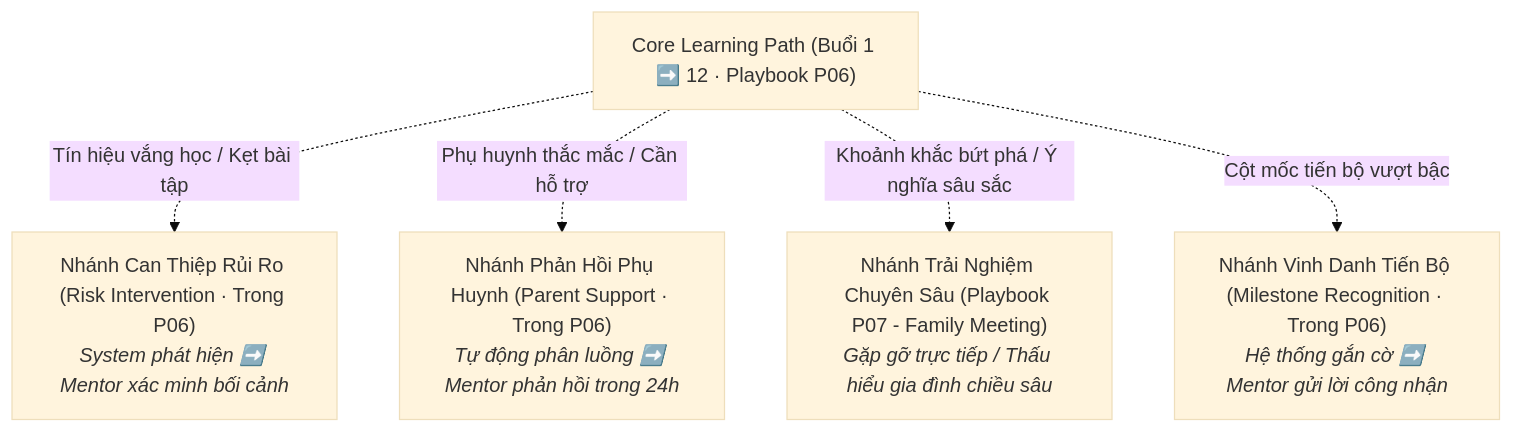
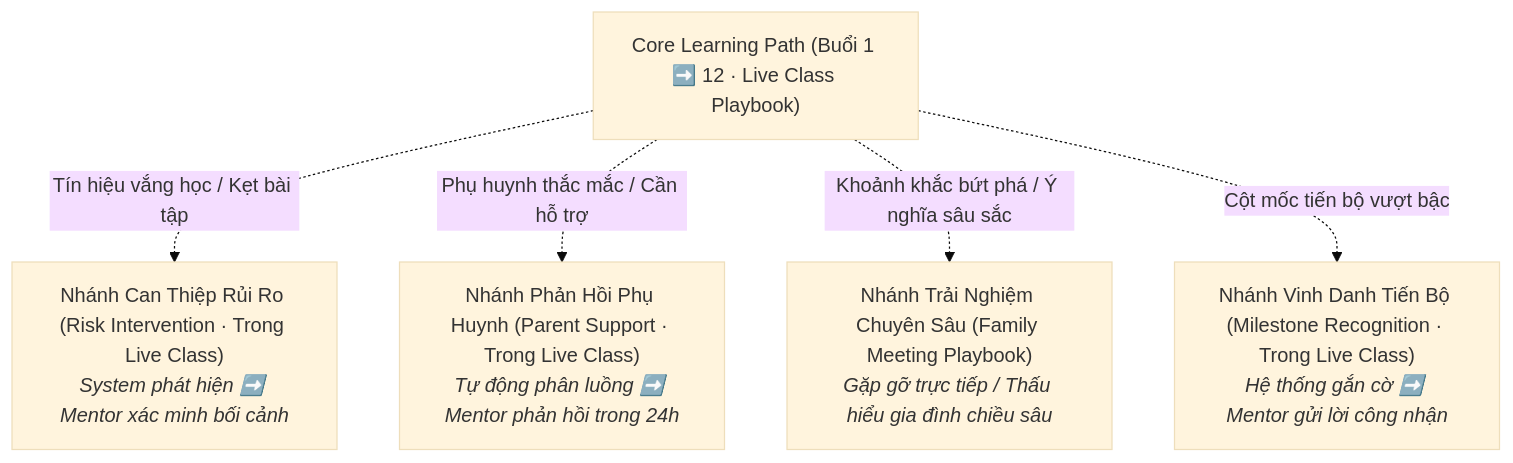
One commit to hongdang023/Marlins-Care changed the diagram in A_Requirements/A4_Parent_Journey_Framework.md. Above: the diagram before and after it, drawn with Mermaid (base theme). The commit also changed other lines of this file and 4 other files, not shown here.

````diff
--- a/A_Requirements/A4_Parent_Journey_Framework.md
+++ b/A_Requirements/A4_Parent_Journey_Framework.md
@@ -41,9 +41,9 @@
 ```mermaid
 graph TD
-    Main["Core Learning Path (Buổi 1 ➡️ 12 · Playbook P06)"]
+    Main["Core Learning Path (Buổi 1 ➡️ 12 · Live Class Playbook)"]
     
-    Main -.->|Tín hiệu vắng học / Kẹt bài tập| B1["Nhánh Can Thiệp Rủi Ro (Risk Intervention · Trong P06)<br><i>System phát hiện ➡️ Mentor xác minh bối cảnh</i>"]
-    Main -.->|Phụ huynh thắc mắc / Cần hỗ trợ| B2["Nhánh Phản Hồi Phụ Huynh (Parent Support · Trong P06)<br><i>Tự động phân luồng ➡️ Mentor phản hồi trong 24h</i>"]
-    Main -.->|Khoảnh khắc bứt phá / Ý nghĩa sâu sắc| B3["Nhánh Trải Nghiệm Chuyên Sâu (Playbook P07 - Family Meeting)<br><i>Gặp gỡ trực tiếp / Thấu hiểu gia đình chiều sâu</i>"]
-    Main -.->|Cột mốc tiến bộ vượt bậc| B4["Nhánh Vinh Danh Tiến Bộ (Milestone Recognition · Trong P06)<br><i>Hệ thống gắn cờ ➡️ Mentor gửi lời công nhận</i>"]
+    Main -.->|Tín hiệu vắng học / Kẹt bài tập| B1["Nhánh Can Thiệp Rủi Ro (Risk Intervention · Trong Live Class)<br><i>System phát hiện ➡️ Mentor xác minh bối cảnh</i>"]
+    Main -.->|Phụ huynh thắc mắc / Cần hỗ trợ| B2["Nhánh Phản Hồi Phụ Huynh (Parent Support · Trong Live Class)<br><i>Tự động phân luồng ➡️ Mentor phản hồi trong 24h</i>"]
+    Main -.->|Khoảnh khắc bứt phá / Ý nghĩa sâu sắc| B3["Nhánh Trải Nghiệm Chuyên Sâu (Family Meeting Playbook)<br><i>Gặp gỡ trực tiếp / Thấu hiểu gia đình chiều sâu</i>"]
+    Main -.->|Cột mốc tiến bộ vượt bậc| B4["Nhánh Vinh Danh Tiến Bộ (Milestone Recognition · Trong Live Class)<br><i>Hệ thống gắn cờ ➡️ Mentor gửi lời công nhận</i>"]
 ```
````
